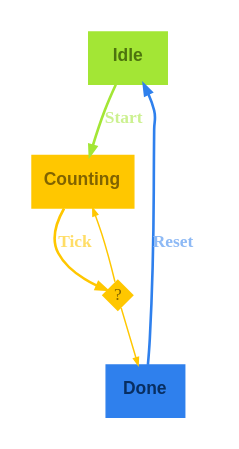
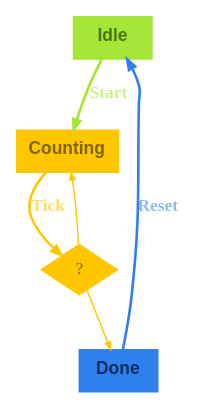
The diagram in renders/count-down_graph.dot (m-bock/purescript-transit), drawn with Graphviz before and after one commit. The commit also changed 41 other files, not shown here.

Commit message:
Enhance Graphviz integration and update tutorial examples; modify rendering options for various themes, improve state diagram generation for DoorPin and Bridges of Königsberg, and refine documentation for clarity and consistency across examples.

```diff
--- a/renders/count-down_graph.dot
+++ b/renders/count-down_graph.dot
@@ -1,13 +1,13 @@
 digraph 
 {
-rankdir = "TD";fontname = "Arial";labelloc = "t";fontsize = 12;bgcolor = "#00000000";color = "#c8c8c8";fontcolor = "#c8c8c8";pad = 0.2;layout = "dot";rankdir = "TD"
-Idle [shape = "box", label = <<b>Idle</b>>, fontsize = 12, style = "filled", fillcolor = "#a3e635", fontcolor = "#4d740e", color = "#a3e635", fontname = "Arial", labelloc = "c", penwidth = 1.0]
-Idle -> Counting [color = "#a3e635", fontcolor = "#ccf190", fontsize = 12, arrowsize = "0.7", label = <<b>Start</b>>, penwidth = 1.8]
-Counting [shape = "box", label = <<b>Counting</b>>, fontsize = 12, style = "filled", fillcolor = "#ffc700", fontcolor = "#806300", color = "#ffc700", fontname = "Arial", labelloc = "c", penwidth = 1.0]
-decision_Counting_Tick [shape = "diamond", label = "?", fontsize = 12, fontcolor = "#806300", style = "filled", fillcolor = "#ffc700", penwidth = 0.0, fixedsize = true, width = 0.3, height = 0.3]
-Counting -> decision_Counting_Tick [color = "#ffc700", fontcolor = "#ffdd66", fontsize = 12, arrowsize = "0.7", label = <<b>Tick</b>>, penwidth = 1.8]
-decision_Counting_Tick -> Done [color = "#ffc700", fontcolor = "#ffdd66", fontsize = 10, arrowsize = "0.5", penwidth = 1.0]
-decision_Counting_Tick -> Counting [color = "#ffc700", fontcolor = "#ffdd66", fontsize = 10, arrowsize = "0.5", penwidth = 1.0]
-Done [shape = "box", label = <<b>Done</b>>, fontsize = 12, style = "filled", fillcolor = "#2f80ed", fontcolor = "#082e61", color = "#2f80ed", fontname = "Arial", labelloc = "c", penwidth = 1.0]
-Done -> Idle [color = "#2f80ed", fontcolor = "#8db9f5", fontsize = 12, arrowsize = "0.7", label = <<b>Reset</b>>, penwidth = 1.8]
+rankdir = "TD";fontname = "Arial";labelloc = "t";fontsize = 12.0;bgcolor = "#00000000";color = "#c8c8c8";fontcolor = "#c8c8c8";layout = "dot";rankdir = "TD"
+Idle [shape = "box", label = <<b>Idle</b>>, fontsize = 12.0, style = "filled", fillcolor = "#a3e635", fontcolor = "#4d740e", color = "#a3e635", fontname = "Arial", labelloc = "c", penwidth = 1.0, height = 0.4]
+Idle -> Counting [color = "#a3e635", fontcolor = "#ccf190", fontsize = 12.0, arrowsize = "0.7", label = <<b>Start</b>>, penwidth = 1.8]
+Counting [shape = "box", label = <<b>Counting</b>>, fontsize = 12.0, style = "filled", fillcolor = "#ffc700", fontcolor = "#806300", color = "#ffc700", fontname = "Arial", labelloc = "c", penwidth = 1.0, height = 0.4]
+decision_Counting_Tick [shape = "diamond", label = "?", fontsize = 12.0, fontcolor = "#806300", style = "filled", fillcolor = "#ffc700", penwidth = 0.0]
+Counting -> decision_Counting_Tick [color = "#ffc700", fontcolor = "#ffdd66", fontsize = 12.0, arrowsize = "0.7", label = <<b>Tick</b>>, penwidth = 1.8]
+decision_Counting_Tick -> Done [color = "#ffc700", fontcolor = "#ffdd66", fontsize = 12.0, arrowsize = "0.5", penwidth = 1.0]
+decision_Counting_Tick -> Counting [color = "#ffc700", fontcolor = "#ffdd66", fontsize = 12.0, arrowsize = "0.5", penwidth = 1.0]
+Done [shape = "box", label = <<b>Done</b>>, fontsize = 12.0, style = "filled", fillcolor = "#2f80ed", fontcolor = "#082e61", color = "#2f80ed", fontname = "Arial", labelloc = "c", penwidth = 1.0, height = 0.4]
+Done -> Idle [color = "#2f80ed", fontcolor = "#8db9f5", fontsize = 12.0, arrowsize = "0.7", label = <<b>Reset</b>>, penwidth = 1.8]
 }
```
